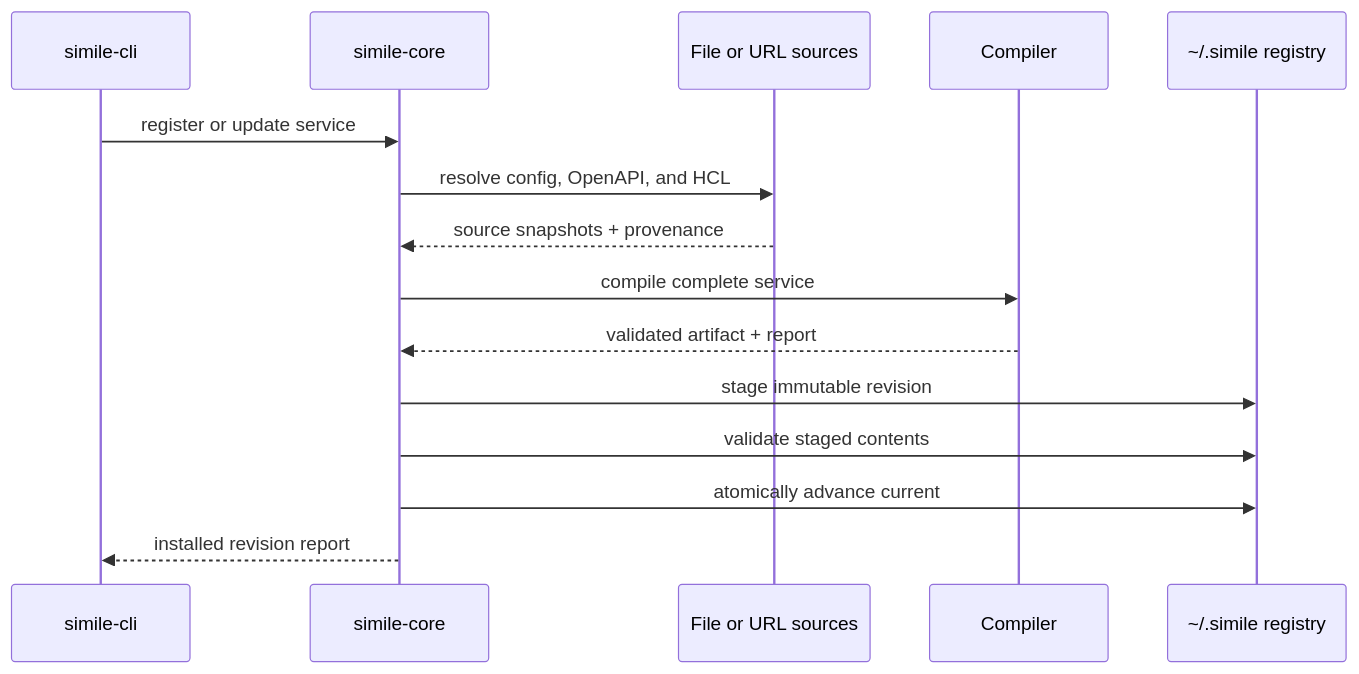
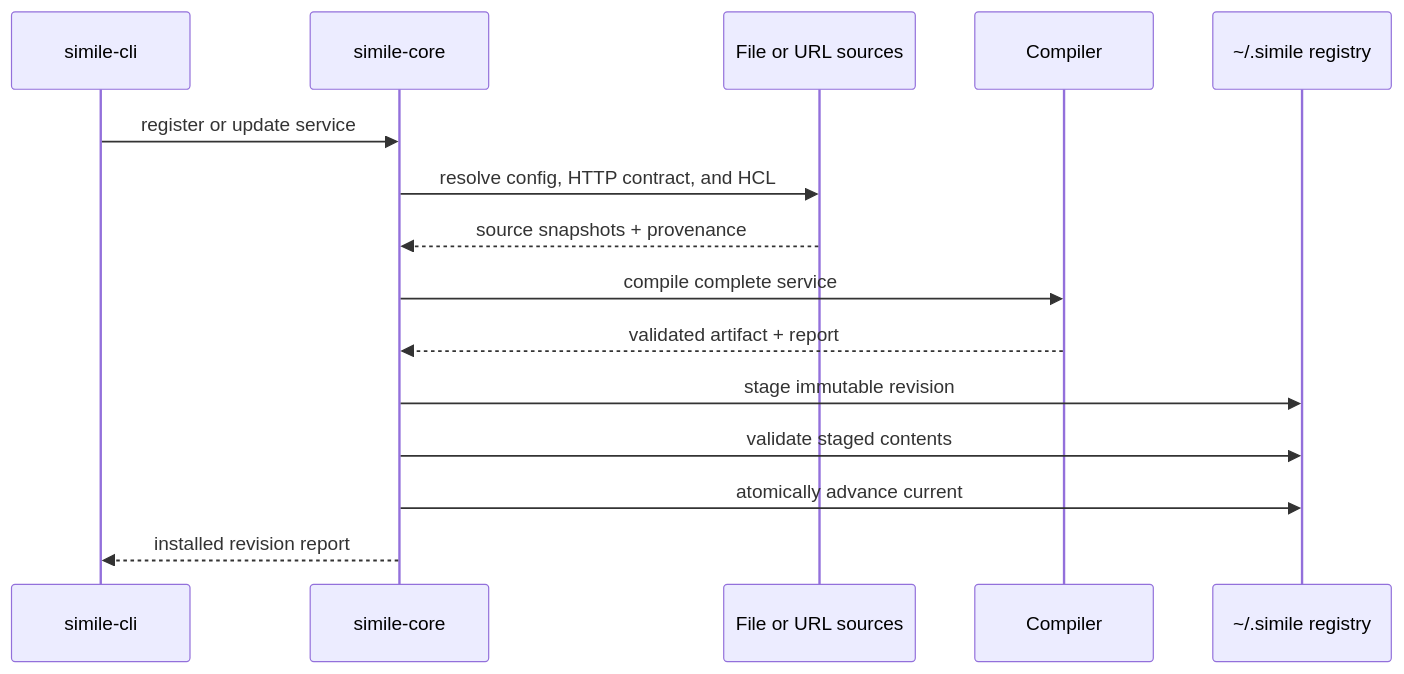
The first of 2 diagrams in docs/application-registry.md (inttegro/simile), drawn with Mermaid before and after one commit. The commit also changed other lines of this file and 26 other files, not shown here.

````diff
--- a/docs/application-registry.md
+++ b/docs/application-registry.md
@@ -12,18 +12,18 @@
 ```mermaid
 sequenceDiagram
   participant CLI as simile-cli
   participant Core as simile-core
   participant Source as File or URL sources
   participant Compiler as Compiler
   participant Registry as ~/.simile registry
 
   CLI->>Core: register or update service
-  Core->>Source: resolve config, OpenAPI, and HCL
+  Core->>Source: resolve config, HTTP contract, and HCL
   Source-->>Core: source snapshots + provenance
   Core->>Compiler: compile complete service
   Compiler-->>Core: validated artifact + report
   Core->>Registry: stage immutable revision
   Core->>Registry: validate staged contents
   Core->>Registry: atomically advance current
   Core-->>CLI: installed revision report
 ```
````
